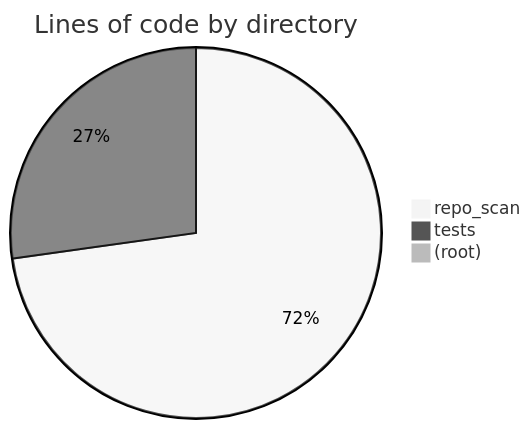
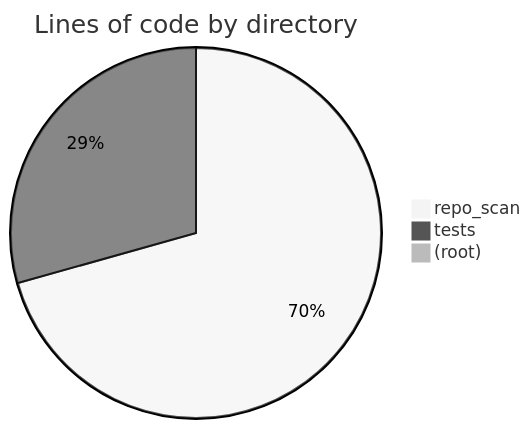
One commit to hhleroy97/repo-scan changed the first of 2 diagrams in docs/reports/health.md. Above: the diagram before and after it, drawn with Mermaid (neutral theme). The commit also changed other lines of this file and 30 other files, not shown here.

````diff
--- a/docs/reports/health.md
+++ b/docs/reports/health.md
@@ -6,6 +6,6 @@
 ```mermaid
 pie title Lines of code by directory
-    "repo_scan" : 3082
-    "tests" : 1152
-    "(root)" : 27
+    "repo_scan" : 3219
+    "tests" : 1338
+    "(root)" : 29
 ```
````
